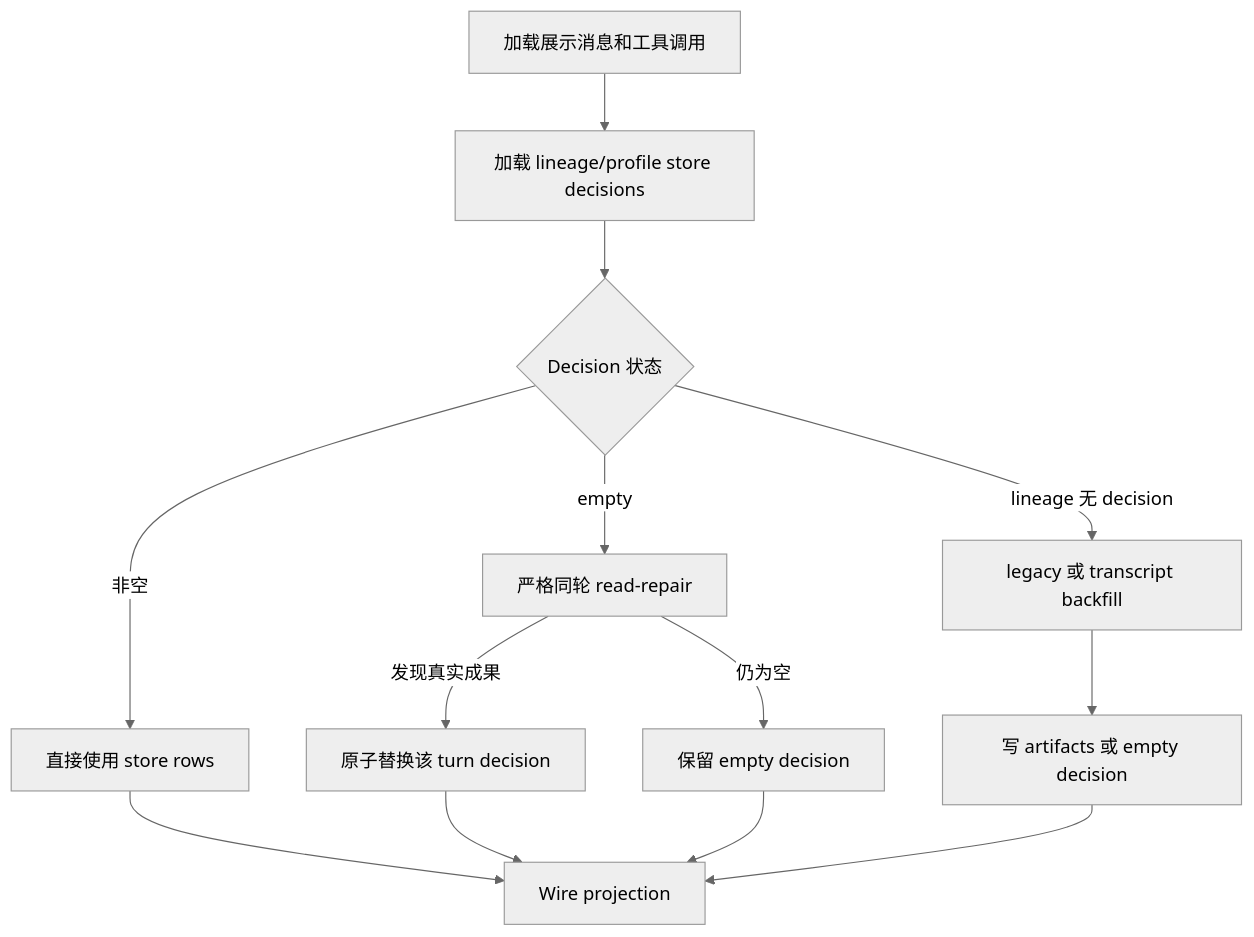
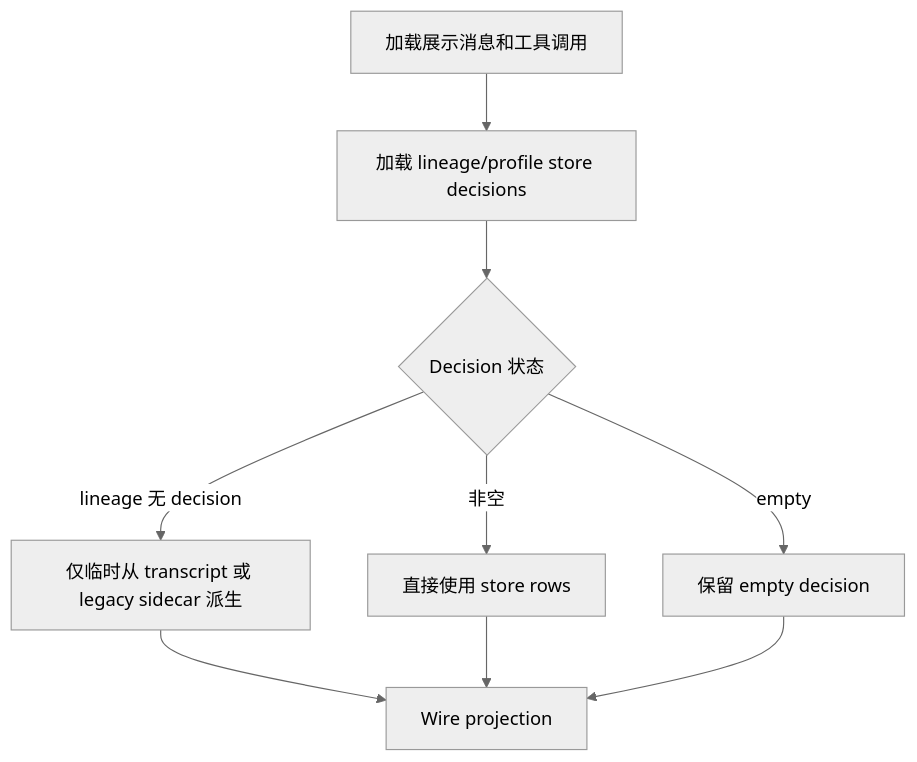
Before and after one commit to Jerryyyy0/hermes-webui: the diagram in docs/architecture/session-manifest-artifacts.md, drawn with Mermaid (neutral theme). The commit also changed other lines of this file and 15 other files, not shown here.

````diff
--- a/docs/architecture/session-manifest-artifacts.md
+++ b/docs/architecture/session-manifest-artifacts.md
@@ -32,15 +33,11 @@
 ```mermaid
 flowchart TD
   loadMessages[加载展示消息和工具调用] --> loadStore[加载 lineage/profile store decisions]
   loadStore --> classify{Decision 状态}
   classify -->|非空| useStore[直接使用 store rows]
-  classify -->|empty| repair[严格同轮 read-repair]
-  classify -->|lineage 无 decision| backfill[legacy 或 transcript backfill]
-  repair -->|发现真实成果| replace[原子替换该 turn decision]
-  repair -->|仍为空| keepEmpty[保留 empty decision]
-  backfill --> persist[写 artifacts 或 empty decision]
+  classify -->|empty| useEmpty[保留 empty decision]
+  classify -->|lineage 无 decision| derive[仅临时从 transcript 或 legacy sidecar 派生]
+  derive --> wire
   useStore --> wire[Wire projection]
-  replace --> wire
-  keepEmpty --> wire
-  persist --> wire
+  useEmpty --> wire
 ```
````
